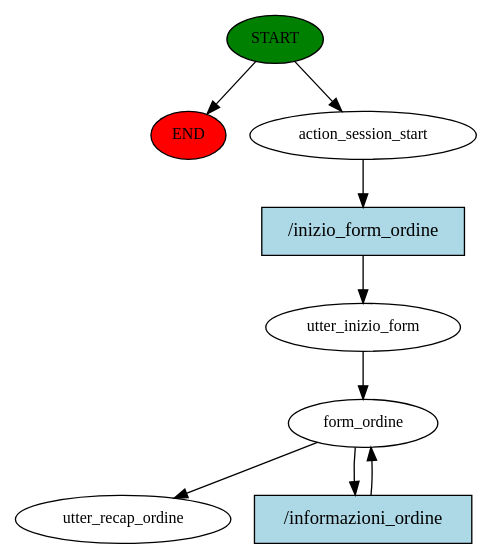
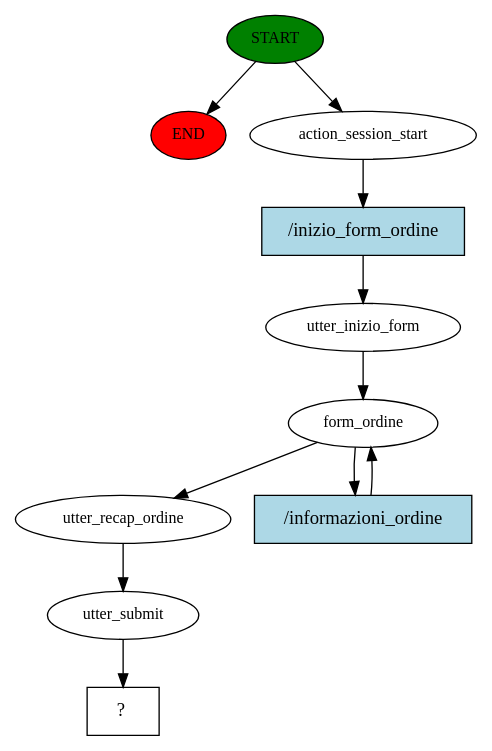
One commit to Paolo95/Rasa_Chatbot changed the diagram in story_graph.dot. Above: the diagram before and after it, drawn with Graphviz. The commit also changed 45 other files, not shown here.

```diff
--- a/story_graph.dot
+++ b/story_graph.dot
@@ -1,18 +1,22 @@
 digraph  {
 0 [class="start active", fillcolor=green, fontsize=12, label=START, style=filled];
 "-1" [class=end, fillcolor=red, fontsize=12, label=END, style=filled];
 1 [class=active, fontsize=12, label=action_session_start];
 2 [class=active, fontsize=12, label=utter_inizio_form];
 3 [class=active, fontsize=12, label=form_ordine];
-7 [class="dashed active", fontsize=12, label=utter_recap_ordine];
-8 [class="intent active", fillcolor=lightblue, label="/inizio_form_ordine", shape=rect, style=filled];
-9 [class="intent active", fillcolor=lightblue, label="/informazioni_ordine", shape=rect, style=filled];
+8 [class=active, fontsize=12, label=utter_recap_ordine];
+9 [class=active, fontsize=12, label=utter_submit];
+10 [class="intent dashed active", label="  ?  ", shape=rect];
+11 [class="intent active", fillcolor=lightblue, label="/inizio_form_ordine", shape=rect, style=filled];
+12 [class="intent active", fillcolor=lightblue, label="/informazioni_ordine", shape=rect, style=filled];
 0 -> "-1"  [class="", key=NONE, label=""];
 0 -> 1  [class=active, key=NONE, label=""];
-1 -> 8  [class=active, key=0];
+1 -> 11  [class=active, key=0];
 2 -> 3  [class=active, key=NONE, label=""];
-3 -> 7  [class=active, key=NONE, label=""];
-3 -> 9  [class=active, key=0];
-8 -> 2  [class=active, key=0];
-9 -> 3  [class=active, key=0];
+3 -> 8  [class=active, key=NONE, label=""];
+3 -> 12  [class=active, key=0];
+8 -> 9  [class=active, key=NONE, label=""];
+9 -> 10  [class=active, key=NONE, label=""];
+11 -> 2  [class=active, key=0];
+12 -> 3  [class=active, key=0];
 }
```
